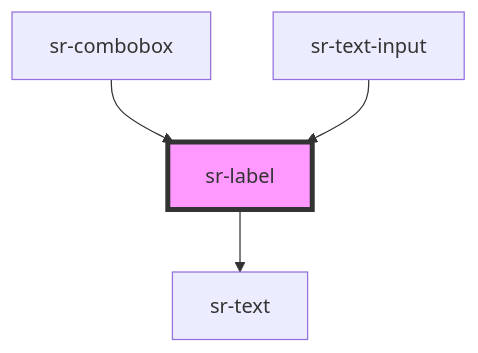
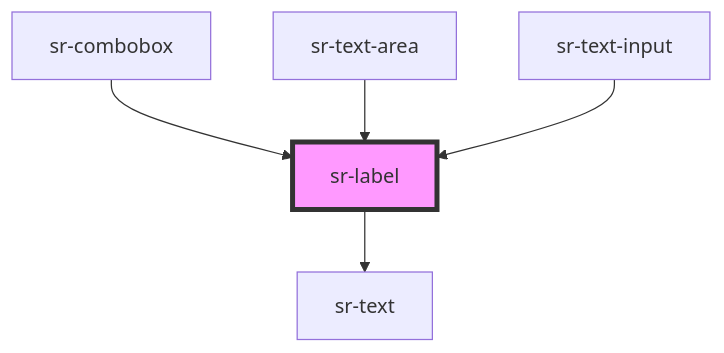
One commit to tonyblu331/spotify-replay-design-system changed the diagram in src/components/form/sr-label/readme.md. Above: the diagram before and after it, drawn with Mermaid. The commit also changed other lines of this file and 9 other files, not shown here.

Commit message:
create text area component

````diff
--- a/src/components/form/sr-label/readme.md
+++ b/src/components/form/sr-label/readme.md
@@ -31,7 +32,8 @@
 ```mermaid
 graph TD;
   sr-label --> sr-text
   sr-combobox --> sr-label
+  sr-text-area --> sr-label
   sr-text-input --> sr-label
   style sr-label fill:#f9f,stroke:#333,stroke-width:4px
 ```
````
